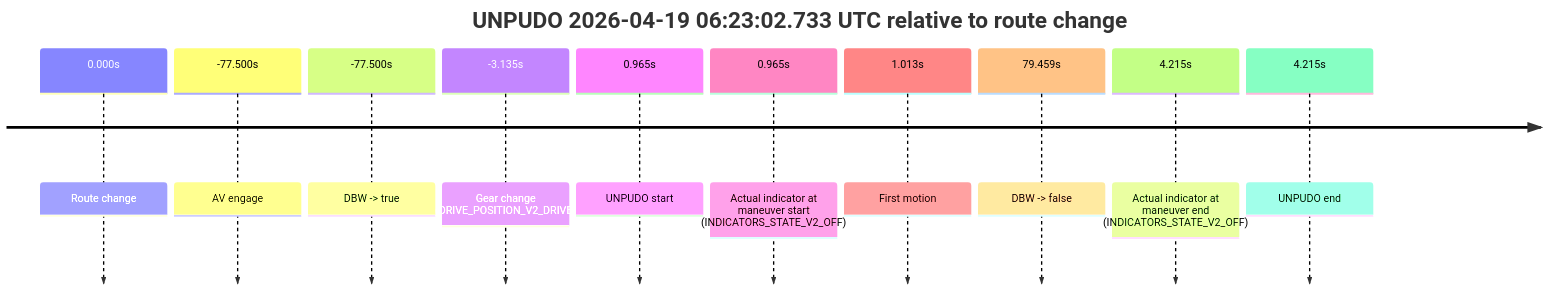
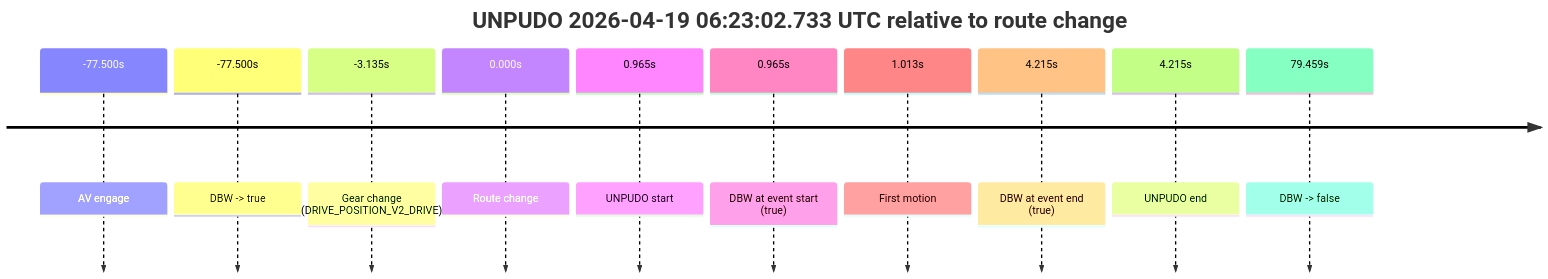
One commit to yoelshapiro/vault changed the first of 5 diagrams in model_analysis/report_cards/2026/04/Week-3/fme20009--2026-04-19--05-51-41--gen2-av-de5cf318-085d-434c-bbad-44a85d521e9e.md. Above: the diagram before and after it, drawn with Mermaid. The commit also changed other lines of this file and 32 other files, not shown here.

````diff
--- a/model_analysis/report_cards/2026/04/Week-3/fme20009--2026-04-19--05-51-41--gen2-av-de5cf318-085d-434c-bbad-44a85d521e9e.md
+++ b/model_analysis/report_cards/2026/04/Week-3/fme20009--2026-04-19--05-51-41--gen2-av-de5cf318-085d-434c-bbad-44a85d521e9e.md
@@ -373,14 +43,14 @@
 ```mermaid
 timeline
     title UNPUDO 2026-04-19 06:23:02.733 UTC relative to route change
-    0.000s : Route change
     -77.500s : AV engage
     -77.500s : DBW -> true
     -3.135s : Gear change (DRIVE_POSITION_V2_DRIVE)
+    0.000s : Route change
     0.965s : UNPUDO start
-    0.965s : Actual indicator at maneuver start (INDICATORS_STATE_V2_OFF)
+    0.965s : DBW at event start (true)
     1.013s : First motion
+    4.215s : DBW at event end (true)
+    4.215s : UNPUDO end
     79.459s : DBW -> false
-    4.215s : Actual indicator at maneuver end (INDICATORS_STATE_V2_OFF)
-    4.215s : UNPUDO end
 ```
````
